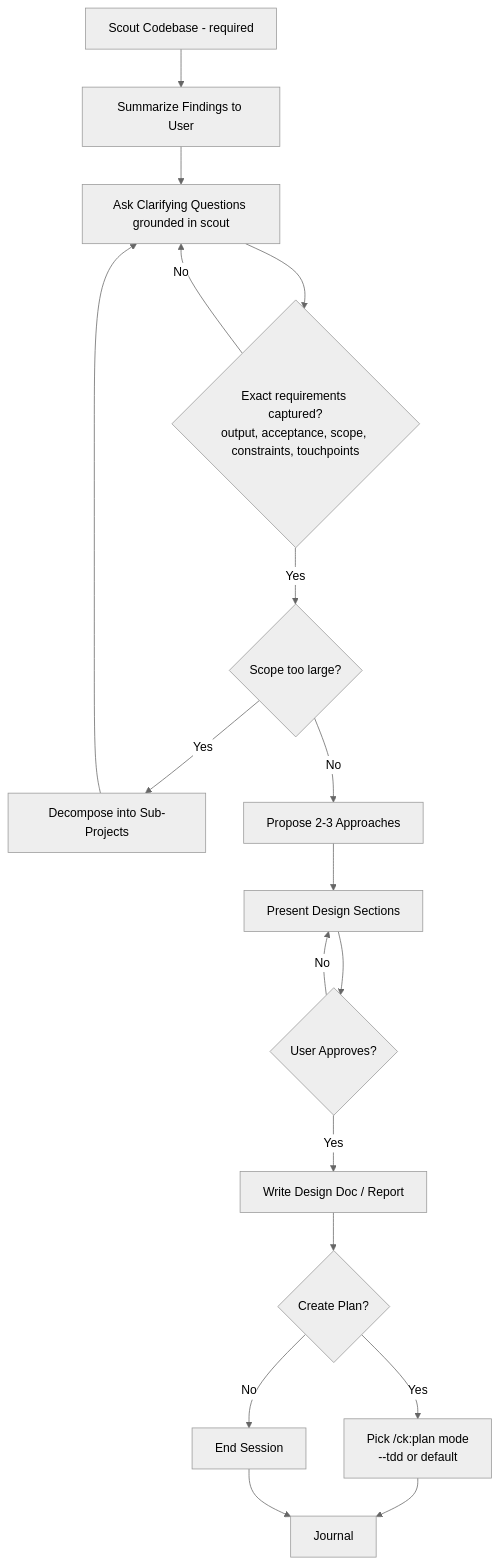
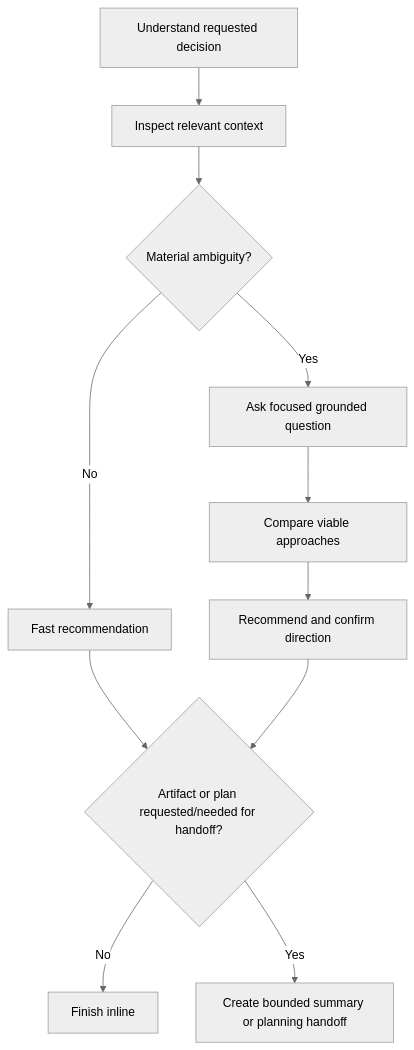
The diagram in claude/skills/brainstorm/SKILL.md (duy-tung/claude-code-setup), drawn with Mermaid (neutral theme) before and after one commit. The commit also changed other lines of this file and 125 other files, not shown here.

````diff
--- a/claude/skills/brainstorm/SKILL.md
+++ b/claude/skills/brainstorm/SKILL.md
@@ -92,20 +38,13 @@
 ```mermaid
 flowchart TD
-    A[Scout Codebase - required] --> A2[Summarize Findings to User]
-    A2 --> B[Ask Clarifying Questions grounded in scout]
-    B --> B2{Exact requirements captured?<br/>output, acceptance, scope, constraints, touchpoints}
-    B2 -->|No| B
-    B2 -->|Yes| C{Scope too large?}
-    C -->|Yes| D[Decompose into Sub-Projects]
-    D --> B
-    C -->|No| E[Propose 2-3 Approaches]
-    E --> F[Present Design Sections]
-    F --> G{User Approves?}
-    G -->|No| F
-    G -->|Yes| H[Write Design Doc / Report]
-    H --> I{Create Plan?}
-    I -->|Yes| J[Pick /ck:plan mode<br/>--tdd or default]
-    I -->|No| K[End Session]
-    J --> L[Journal]
-    K --> L
+    A[Understand requested decision] --> B[Inspect relevant context]
+    B --> C{Material ambiguity?}
+    C -->|No| D[Fast recommendation]
+    C -->|Yes| E[Ask focused grounded question]
+    E --> F[Compare viable approaches]
+    F --> G[Recommend and confirm direction]
+    D --> H{Artifact or plan requested/needed for handoff?}
+    G --> H
+    H -->|No| I[Finish inline]
+    H -->|Yes| J[Create bounded summary or planning handoff]
 ```
````
